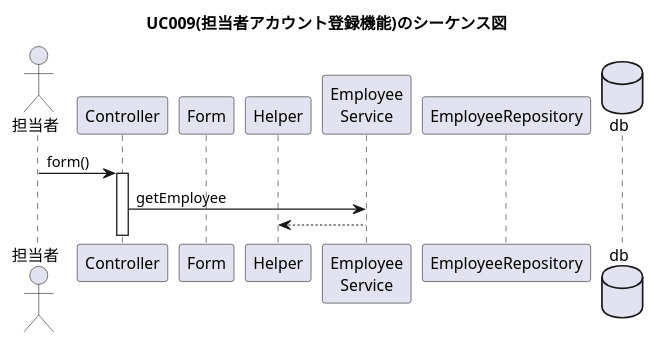
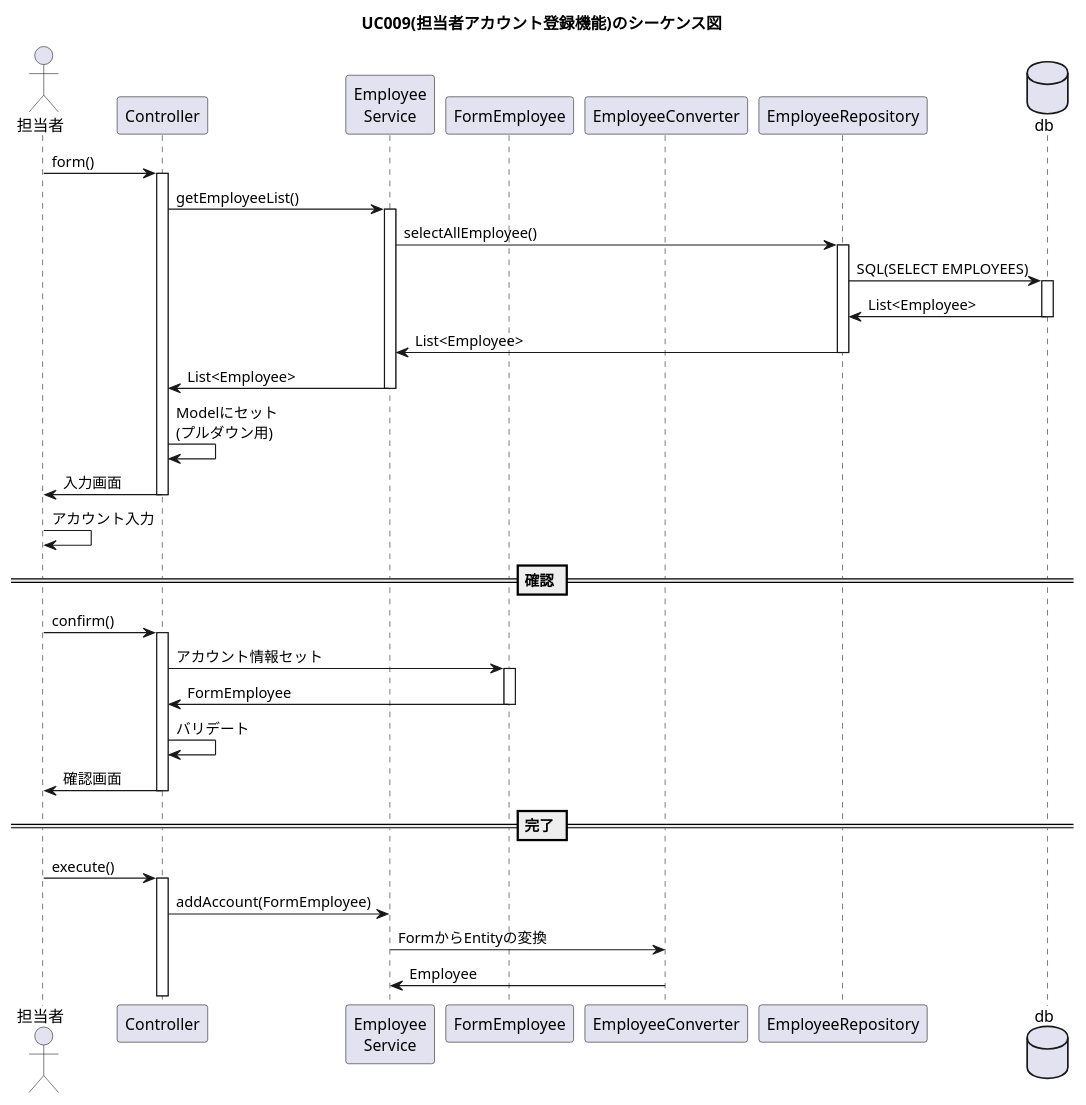
The diagram in plan/uml/sequence/uc009.plantuml (kanavii3333/ec-b), drawn with PlantUML before and after one commit. The commit also changed 1 other file, not shown here.

Commit message:
service.plamtumlとuc009.plantumlの更新

```diff
--- a/plan/uml/sequence/uc009.plantuml
+++ b/plan/uml/sequence/uc009.plantuml
@@ -1,15 +1,33 @@
 @startuml
 
 title UC009(担当者アカウント登録機能)のシーケンス図
 actor "担当者" as user
 participant "Controller" as controller
-participant "Form" as form
-participant "Helper" as helper
 participant "Employee\nService" as service
-participant "EmployeeRepository" as reposotory
+participant "FormEmployee" as form
+participant "EmployeeConverter" as helper
+participant "EmployeeRepository" as repository
 database "db" as db
 user -> controller++:form()
-controller -> service:getEmployee
-service --> helper 
+controller -> service++:getEmployeeList()
+service -> repository++:selectAllEmployee()
+repository -> db++:SQL(SELECT EMPLOYEES)
+db -> repository--:List<Employee>
+repository -> service--:List<Employee>
+service -> controller--:List<Employee>
+controller -> controller:Modelにセット\n(プルダウン用)
+controller -> user--:入力画面
+user -> user:アカウント入力 
+ == 確認 ==
+user -> controller++:confirm()
+controller -> form++:アカウント情報セット
+form -> controller--:FormEmployee
+controller -> controller:バリデート
+controller -> user--:確認画面
+ == 完了 ==
+user -> controller++:execute()
+controller -> service:addAccount(FormEmployee)
+service -> helper:FormからEntityの変換
+helper -> service:Employee
 
 @enduml
```
